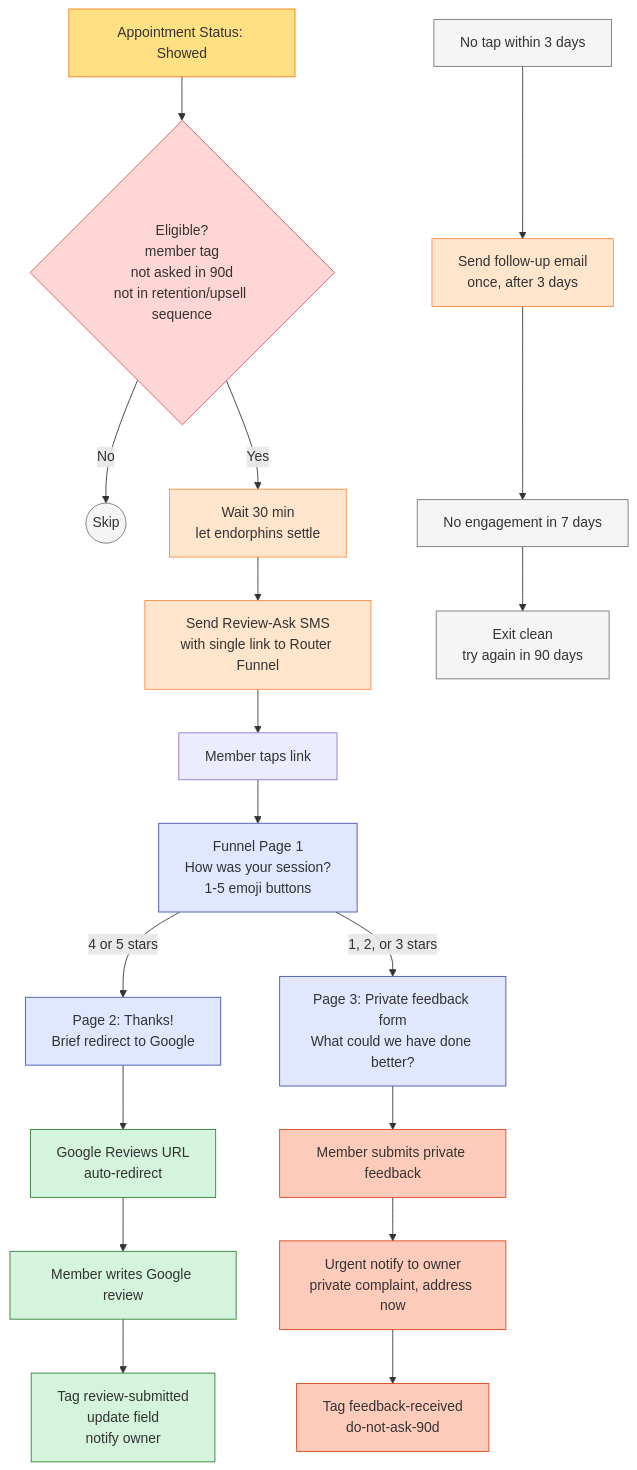
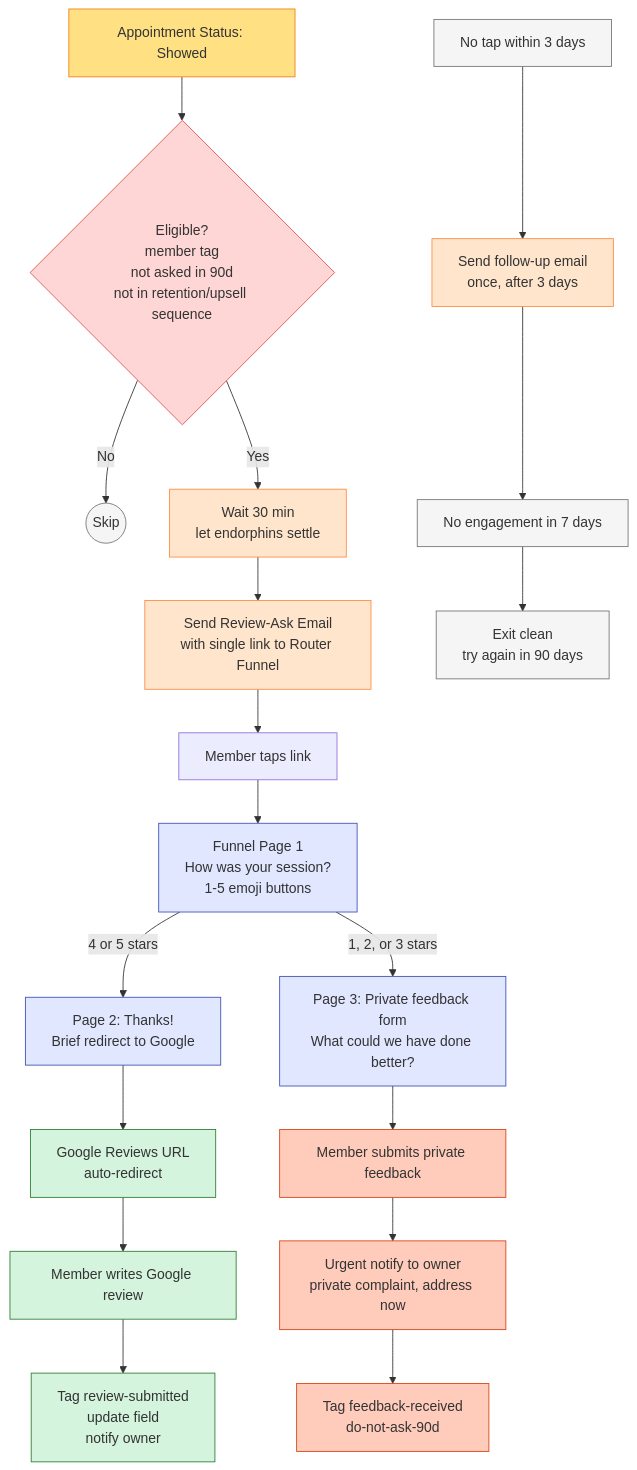
The diagram in client-demo/sunrise-wellness-studio/problems/07-reviews-and-reputation/README.md (safeer-maker/GoHighLevel), drawn with Mermaid before and after one commit. The commit also changed other lines of this file and 50 other files, not shown here.

````diff
--- a/client-demo/sunrise-wellness-studio/problems/07-reviews-and-reputation/README.md
+++ b/client-demo/sunrise-wellness-studio/problems/07-reviews-and-reputation/README.md
@@ -45,41 +45,41 @@
 ```mermaid
 graph TD
     AptDone[Appointment Status: Showed] --> Filter{Eligible?<br/>member tag<br/>not asked in 90d<br/>not in retention/upsell sequence}
     Filter -->|No| Skip((Skip))
     Filter -->|Yes| Delay[Wait 30 min<br/>let endorphins settle]
-    Delay --> SMS[Send Review-Ask SMS<br/>with single link to Router Funnel]
+    Delay --> Email[Send Review-Ask Email<br/>with single link to Router Funnel]
 
-    SMS --> Land[Member taps link]
+    Email --> Land[Member taps link]
     Land --> Page1[Funnel Page 1<br/>How was your session?<br/>1-5 emoji buttons]
 
     Page1 -->|4 or 5 stars| HighScore[Page 2: Thanks!<br/>Brief redirect to Google]
     Page1 -->|1, 2, or 3 stars| LowScore[Page 3: Private feedback form<br/>What could we have done better?]
 
     HighScore --> Google[Google Reviews URL<br/>auto-redirect]
     Google --> GoogleSubmit[Member writes Google review]
     GoogleSubmit --> TagWin[Tag review-submitted<br/>update field<br/>notify owner]
 
     LowScore --> FormSubmit[Member submits private feedback]
     FormSubmit --> OwnerAlert[Urgent notify to owner<br/>private complaint, address now]
     OwnerAlert --> TagFeedback[Tag feedback-received<br/>do-not-ask-90d]
 
     SMSNoTap[No tap within 3 days] --> EmailFollow[Send follow-up email<br/>once, after 3 days]
     EmailFollow --> EmailNoOpen[No engagement in 7 days]
     EmailNoOpen --> ExitClean[Exit clean<br/>try again in 90 days]
 
     classDef trigger fill:#FFE082,stroke:#F57F17
     classDef filter fill:#FFD6D6,stroke:#D9534F
     classDef msg fill:#FFE5CC,stroke:#FF8C42
     classDef page fill:#E0E7FF,stroke:#3F51B5
     classDef good fill:#D4F4DD,stroke:#2E7D32
     classDef bad fill:#FFCCBC,stroke:#D84315
     classDef exit fill:#F5F5F5,stroke:#757575
 
     class AptDone trigger
     class Filter filter
-    class Delay,SMS,EmailFollow msg
+    class Delay,Email,EmailFollow msg
     class Page1,HighScore,LowScore page
     class Google,GoogleSubmit,TagWin good
     class FormSubmit,OwnerAlert,TagFeedback bad
     class Skip,SMSNoTap,EmailNoOpen,ExitClean exit
 ```
````
